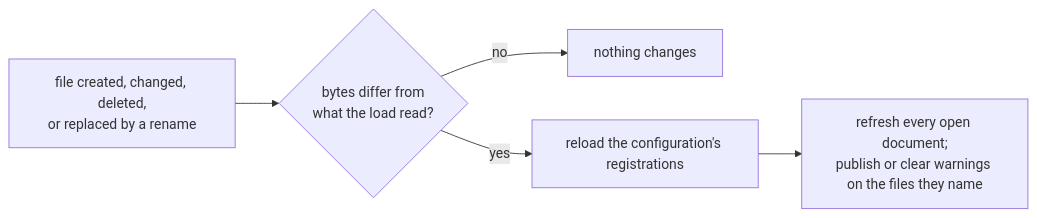
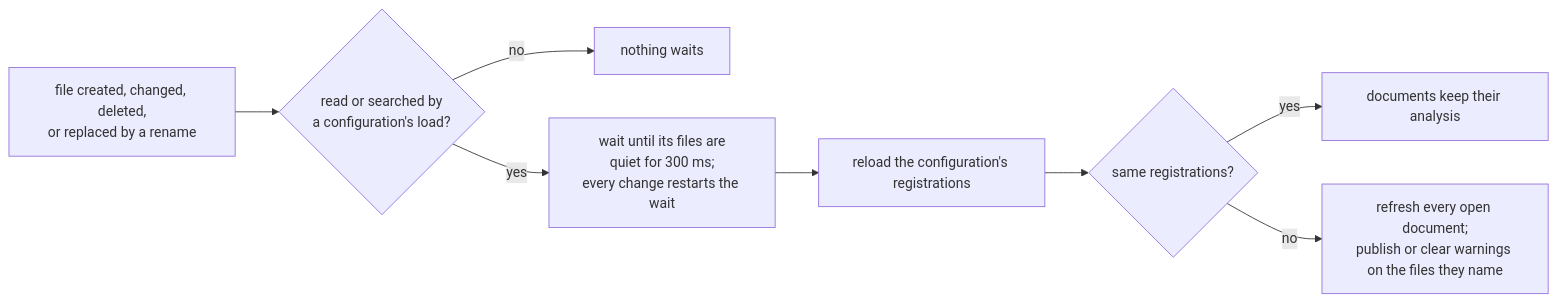
One commit to yankeeinlondon/rusty-biscuit changed the sixth of 6 diagrams in darkmatter/docs/topics/host-registration.md. Above: the diagram before and after it, drawn with Mermaid. The commit also changed other lines of this file and 10 other files, not shown here.

````diff
--- a/darkmatter/docs/topics/host-registration.md
+++ b/darkmatter/docs/topics/host-registration.md
@@ -849,7 +864,10 @@
 ```mermaid
 flowchart LR
-    A[file created, changed, deleted,<br/>or replaced by a rename] --> B{bytes differ from<br/>what the load read?}
-    B -- no --> C[nothing changes]
-    B -- yes --> D[reload the configuration's registrations]
-    D --> E[refresh every open document;<br/>publish or clear warnings on the files they name]
+    A[file created, changed, deleted,<br/>or replaced by a rename] --> B{read or searched by<br/>a configuration's load?}
+    B -- no --> C[nothing waits]
+    B -- yes --> W[wait until its files are<br/>quiet for 300 ms;<br/>every change restarts the wait]
+    W --> D[reload the configuration's registrations]
+    D --> F{same registrations?}
+    F -- yes --> C2[documents keep their analysis]
+    F -- no --> E[refresh every open document;<br/>publish or clear warnings on the files they name]
 ```
````
